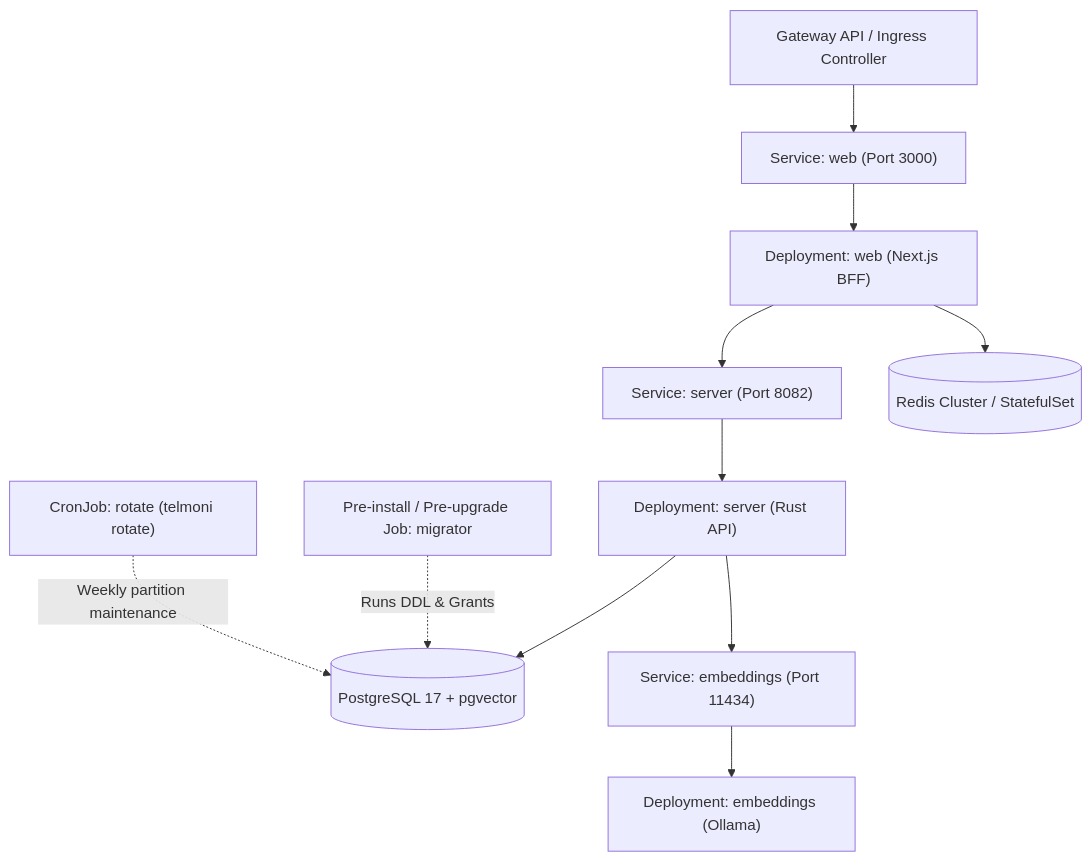
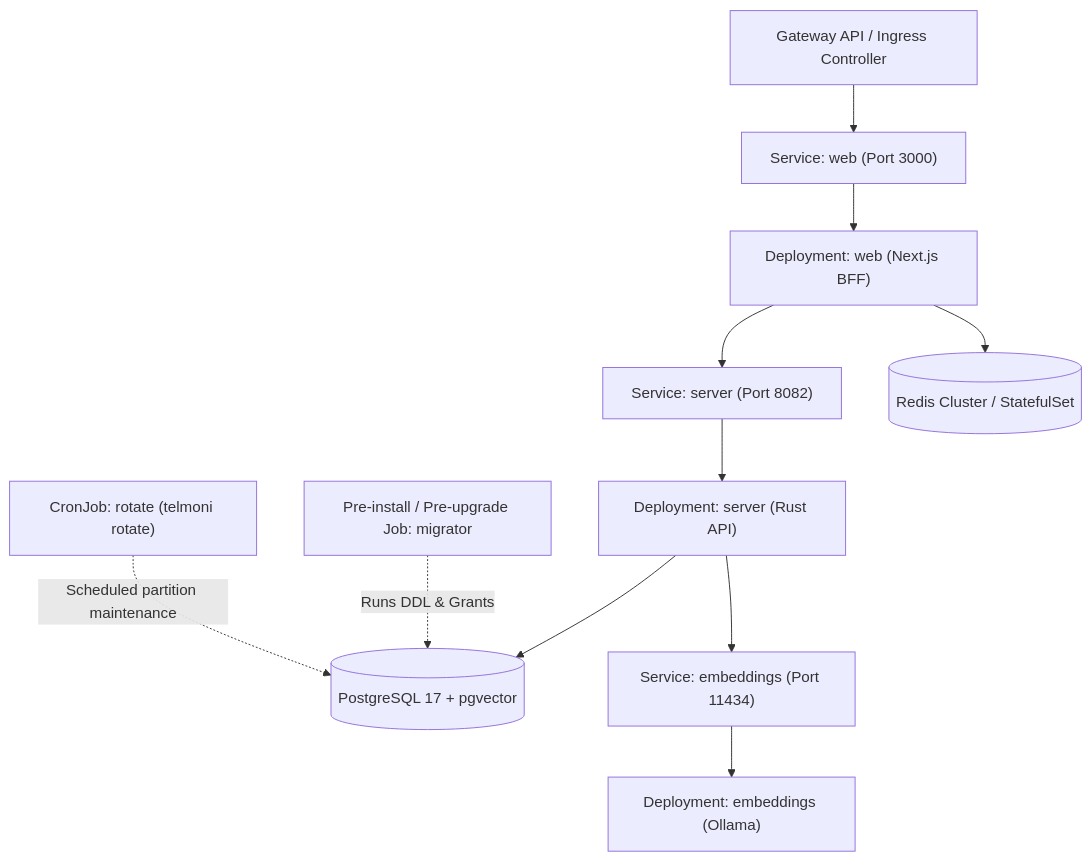
One commit to telmoni/docs changed the diagram in src/content/docs/self-host/kubernetes.mdx. Above: the diagram before and after it, drawn with Mermaid. The commit also changed other lines of this file and 19 other files, not shown here.

````diff
--- a/src/content/docs/self-host/kubernetes.mdx
+++ b/src/content/docs/self-host/kubernetes.mdx
@@ -12,17 +12,17 @@
 ```mermaid
 flowchart TD
     Ingress["Gateway API / Ingress Controller"] --> WebSvc["Service: web (Port 3000)"]
     WebSvc --> WebPods["Deployment: web (Next.js BFF)"]
 
     WebPods --> ServerSvc["Service: server (Port 8082)"]
     ServerSvc --> ServerPods["Deployment: server (Rust API)"]
 
     WebPods --> Redis[("Redis Cluster / StatefulSet")]
 
     ServerPods --> Postgres[("PostgreSQL 17 + pgvector")]
     ServerPods --> EmbeddingsSvc["Service: embeddings (Port 11434)"]
     EmbeddingsSvc --> EmbeddingsPod["Deployment: embeddings (Ollama)"]
 
     HookJob["Pre-install / Pre-upgrade Job: migrator"] -.->|Runs DDL & Grants| Postgres
-    RotateCron["CronJob: rotate (telmoni rotate)"] -.->|Weekly partition maintenance| Postgres
+    RotateCron["CronJob: rotate (telmoni rotate)"] -.->|Scheduled partition maintenance| Postgres
 ```
````
